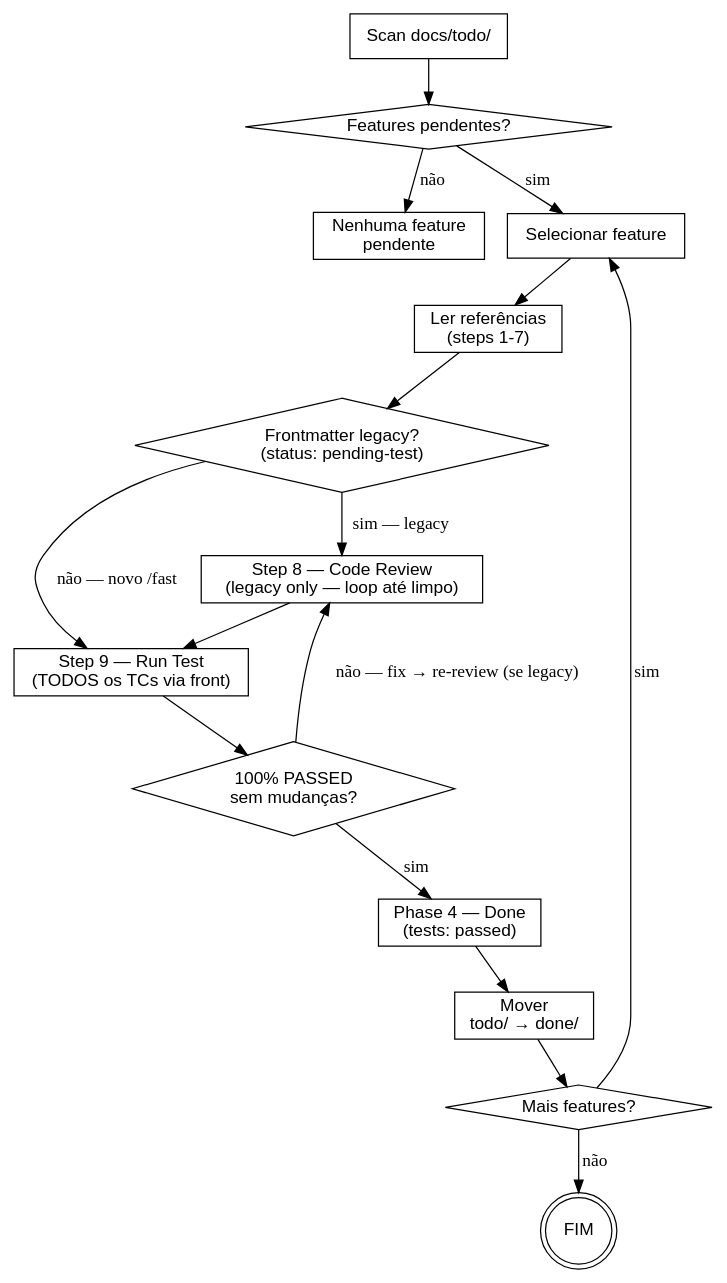
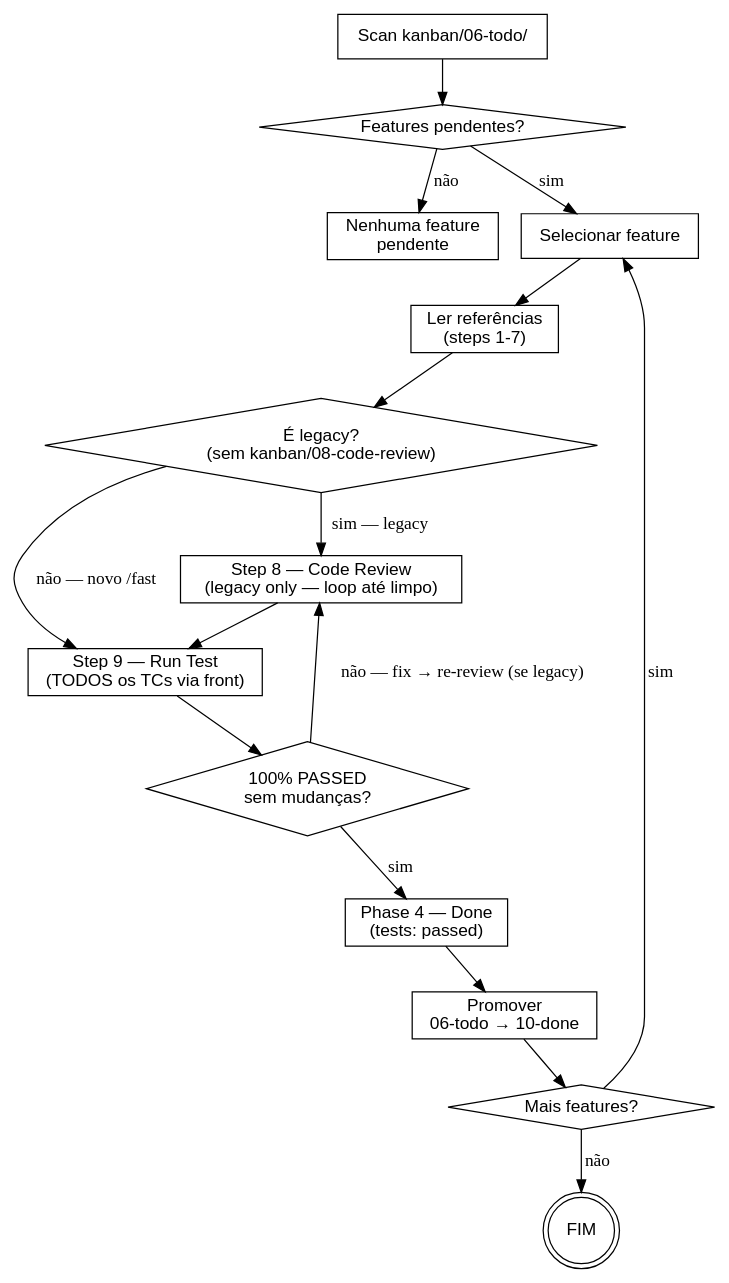
One commit to eduardofurihata/lp-skills changed the diagram in skills/todo/SKILL.md. Above: the diagram before and after it, drawn with Graphviz. The commit also changed other lines of this file and 1 other file, not shown here.

First line of the commit message:
fix(skills): repoint /todo + /fast QA tracking to kanban/06-todo

````diff
--- a/skills/todo/SKILL.md
+++ b/skills/todo/SKILL.md
@@ -39,36 +41,36 @@
 ```dot
 digraph todo {
     rankdir=TB;
     node [fontname="Helvetica"];
 
-    scan [label="Scan docs/todo/" shape=box];
+    scan [label="Scan kanban/06-todo/" shape=box];
     has_features [label="Features pendentes?" shape=diamond];
     none [label="Nenhuma feature\npendente" shape=box];
     select [label="Selecionar feature" shape=box];
-    is_legacy [label="Frontmatter legacy?\n(status: pending-test)" shape=diamond];
+    is_legacy [label="É legacy?\n(sem kanban/08-code-review)" shape=diamond];
     context [label="Ler referências\n(steps 1-7)" shape=box];
     review [label="Step 8 — Code Review\n(legacy only — loop até limpo)" shape=box];
     testing [label="Step 9 — Run Test\n(TODOS os TCs via front)" shape=box];
     passed [label="100% PASSED\nsem mudanças?" shape=diamond];
     done [label="Phase 4 — Done\n(tests: passed)" shape=box];
-    move [label="Mover\ntodo/ → done/" shape=box];
+    move [label="Promover\n06-todo → 10-done" shape=box];
     more [label="Mais features?" shape=diamond];
     fim [label="FIM" shape=doublecircle];
 
     scan -> has_features;
     has_features -> none [label="não"];
     has_features -> select [label="sim"];
     select -> context;
     context -> is_legacy;
     is_legacy -> review [label="sim — legacy"];
     is_legacy -> testing [label="não — novo /fast"];
     review -> testing;
     testing -> passed;
     passed -> review [label="não — fix → re-review (se legacy)"];
     passed -> done [label="sim"];
     done -> move;
     move -> more;
     more -> select [label="sim"];
     more -> fim [label="não"];
 }
 ```
````
